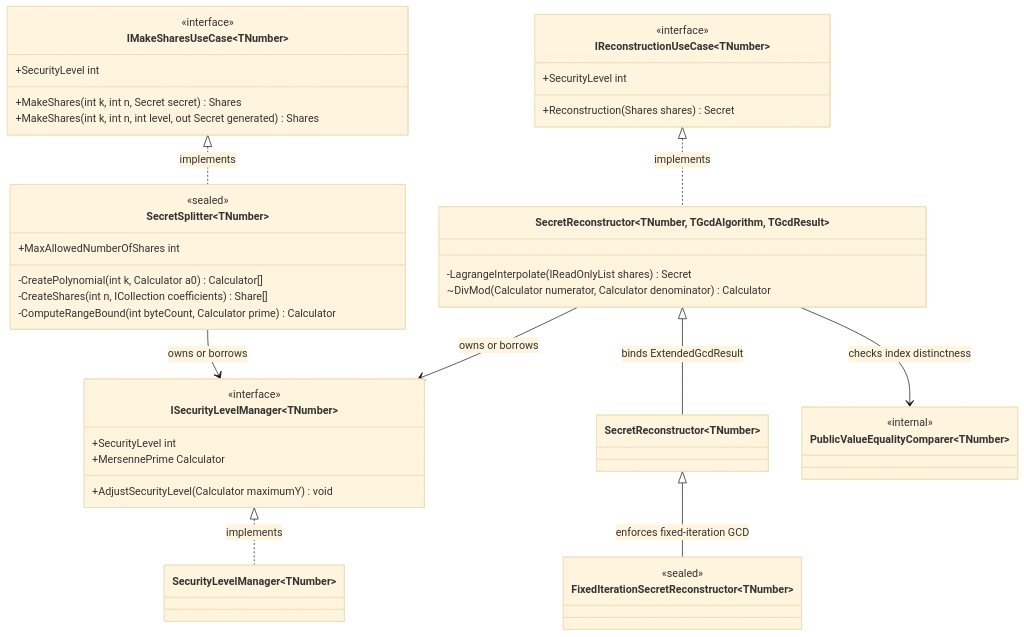
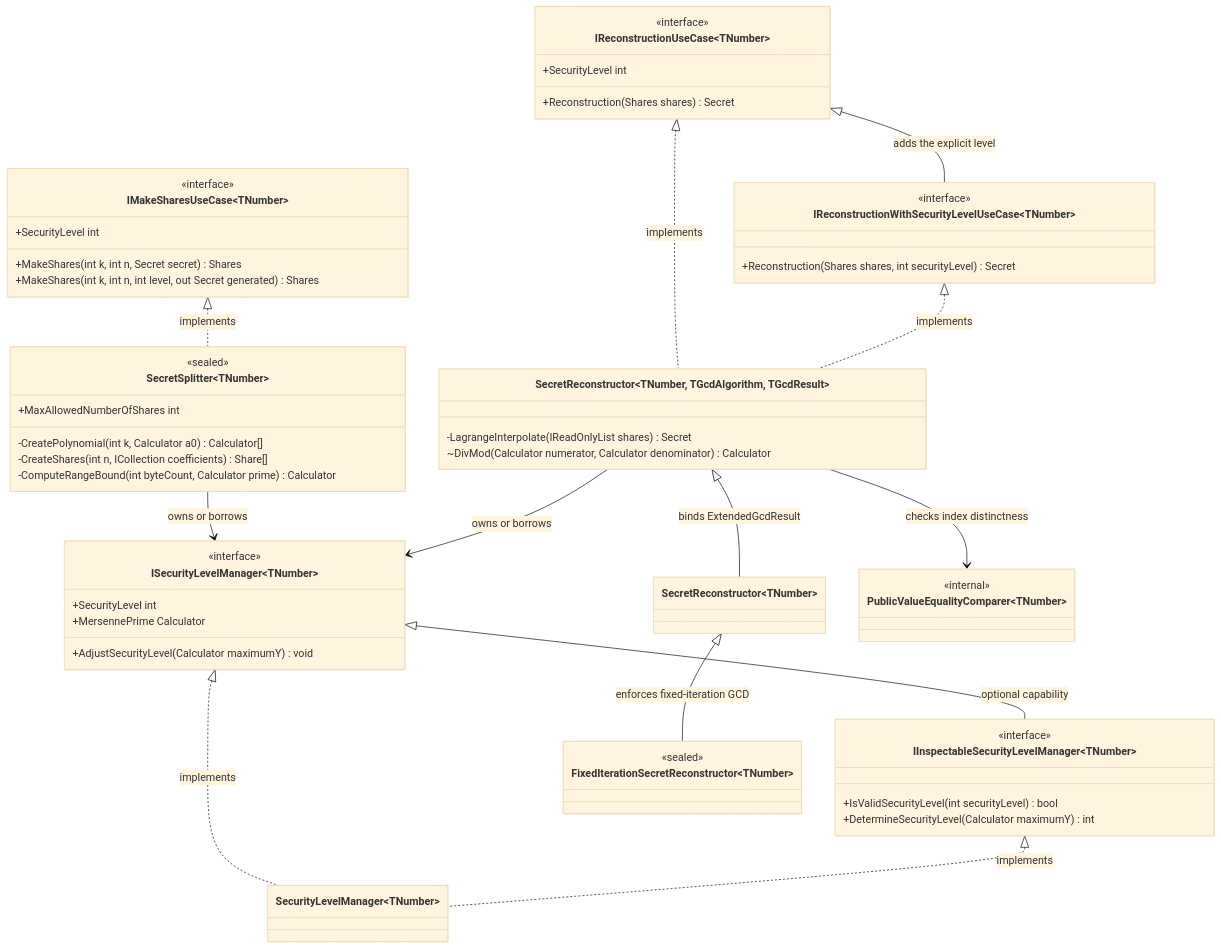
One commit to shinji-san/SecretSharingDotNet changed the fourth of 10 diagrams in docs/architecture/arc42.en.md. Above: the diagram before and after it, drawn with Mermaid (base theme). The commit also changed other lines of this file and 3 other files, not shown here.

````diff
--- a/docs/architecture/arc42.en.md
+++ b/docs/architecture/arc42.en.md
@@ -389,48 +403,61 @@
 ```mermaid
 classDiagram
   class iMakeShares["IMakeSharesUseCase&lt;TNumber&gt;"] {
     <<interface>>
     +SecurityLevel int
     +MakeShares(int k, int n, Secret secret) Shares
     +MakeShares(int k, int n, int level, out Secret generated) Shares
   }
   class iReconstruction["IReconstructionUseCase&lt;TNumber&gt;"] {
     <<interface>>
     +SecurityLevel int
     +Reconstruction(Shares shares) Secret
   }
+  class iReconLevel["IReconstructionWithSecurityLevelUseCase&lt;TNumber&gt;"] {
+    <<interface>>
+    +Reconstruction(Shares shares, int securityLevel) Secret
+  }
   class iSlm["ISecurityLevelManager&lt;TNumber&gt;"] {
     <<interface>>
     +SecurityLevel int
     +MersennePrime Calculator
     +AdjustSecurityLevel(Calculator maximumY) void
+  }
+  class iInspectable["IInspectableSecurityLevelManager&lt;TNumber&gt;"] {
+    <<interface>>
+    +IsValidSecurityLevel(int securityLevel) bool
+    +DetermineSecurityLevel(Calculator maximumY) int
   }
   class splitter["SecretSplitter&lt;TNumber&gt;"] {
     <<sealed>>
     +MaxAllowedNumberOfShares int
     -CreatePolynomial(int k, Calculator a0) Calculator[]
     -CreateShares(int n, ICollection coefficients) Share[]
     -ComputeRangeBound(int byteCount, Calculator prime) Calculator
   }
   class recBase["SecretReconstructor&lt;TNumber, TGcdAlgorithm, TGcdResult&gt;"] {
     -LagrangeInterpolate(IReadOnlyList shares) Secret
     ~DivMod(Calculator numerator, Calculator denominator) Calculator
   }
   class rec["SecretReconstructor&lt;TNumber&gt;"]
   class recFixed["FixedIterationSecretReconstructor&lt;TNumber&gt;"] {
     <<sealed>>
   }
   class slm["SecurityLevelManager&lt;TNumber&gt;"]
   class cmp["PublicValueEqualityComparer&lt;TNumber&gt;"] {
     <<internal>>
   }
 
   iMakeShares <|.. splitter : implements
+  iReconstruction <|-- iReconLevel : adds the explicit level
   iReconstruction <|.. recBase : implements
+  iReconLevel <|.. recBase : implements
   recBase <|-- rec : binds ExtendedGcdResult
   rec <|-- recFixed : enforces fixed-iteration GCD
+  iSlm <|-- iInspectable : optional capability
   iSlm <|.. slm : implements
+  iInspectable <|.. slm : implements
   splitter --> iSlm : owns or borrows
   recBase --> iSlm : owns or borrows
   recBase --> cmp : checks index distinctness
 ```
````
